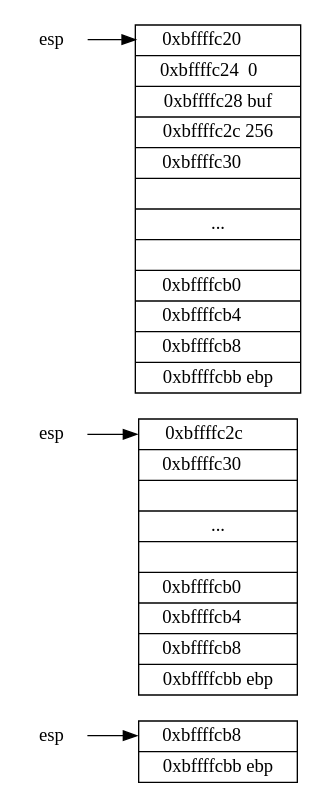
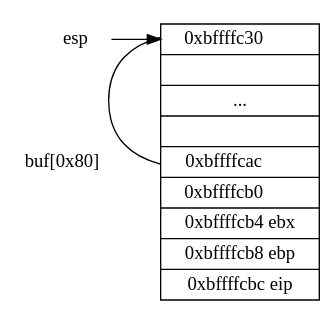
Before and after one commit to S0urceC0der/S0urceC0der.github.io: the diagram in graph/stack.gv, drawn with Graphviz. The commit also changed 66 other files, not shown here.

```diff
--- a/graph/stack.gv
+++ b/graph/stack.gv
@@ -1,66 +1,102 @@
 digraph level1_stack{
     graph [
         rankdir = "LR"
     ];
     edge [
     ];
+    /*
     subgraph stack_0 {
         style=filled;
         color=lightgrey;
         "s0_stack" [
-            label = "<esp>0xbffffcb8 &nbsp;&nbsp;&nbsp;&nbsp;&nbsp;&nbsp; | <ebp> 0xbffffcbb ebp"
+            label = "
+                0xbffffcb8 &nbsp;&nbsp;&nbsp;&nbsp;&nbsp; |
+                <esp> 0xbffffcbc eip|
+                <origin> 0xbffffcc0&nbsp;&nbsp;&nbsp;&nbsp;&nbsp;&nbsp;|..."
             shape = "record"
             labeljust = "l"
         ];
         "s0_esp" [
             label = "esp"
             shape = "plaintext"
         ];
+        "s0_origin" [
+            label = "调用前堆栈"
+            shape = "plaintext"
+        ];
+        "s0_origin" -> "s0_stack":origin
         "s0_esp" -> "s0_stack":esp
     };
-
+    */
+    /*
     subgraph stack_1 {
         style=filled;
         color=lightgrey;
         "s1_stack" [
             label = "
                 <esp> 0xbffffc2c &nbsp;&nbsp;&nbsp;&nbsp;&nbsp;|
                 0xbffffc30 &nbsp;&nbsp;&nbsp;&nbsp;&nbsp;&nbsp;||...||
                 0xbffffcb0 &nbsp;&nbsp;&nbsp;&nbsp;&nbsp;&nbsp;|
                 0xbffffcb4 &nbsp;&nbsp;&nbsp;&nbsp;&nbsp;&nbsp;|
-                0xbffffcb8 &nbsp;&nbsp;&nbsp;&nbsp;&nbsp;&nbsp;|
-                <ebp> 0xbffffcbb ebp"
+                0xbffffcb8 ebp|
+                <ebp> 0xbffffcbb eip|
+                0xbffffcc0"
             shape = "record"
             labeljust = "l"
         ];
         "s1_esp" [
             label = "esp"
             shape = "plaintext"
         ];
         "s1_esp" -> "s1_stack":esp
     };
 
     subgraph stack_2 {
         style=filled;
         color=lightgrey;
         "s2_stack" [
             label = "
-                <esp> 0xbffffc20 &nbsp;&nbsp;&nbsp;&nbsp;&nbsp;&nbsp;|
-                0xbffffc24 &nbsp;0&nbsp;&nbsp;&nbsp;&nbsp;|
-                0xbffffc28 buf|
-                0xbffffc2c 256|
-                0xbffffc30 &nbsp;&nbsp;&nbsp;&nbsp;&nbsp;&nbsp;||...||
+                <esp> 0xbffffc20 &nbsp;&nbsp;0&nbsp;&nbsp; |
+                0xbffffc24 ptr&nbsp; |
+                0xbffffc28 256|
+                0xbffffc2c &nbsp;&nbsp;&nbsp;&nbsp;&nbsp;&nbsp; |
+                <buf_0> 0xbffffc30 &nbsp;&nbsp;&nbsp;&nbsp;&nbsp;&nbsp;||...||
+                <buf_1> 0xbffffcac &nbsp;&nbsp;&nbsp;&nbsp;&nbsp;&nbsp;|
                 0xbffffcb0 &nbsp;&nbsp;&nbsp;&nbsp;&nbsp;&nbsp;|
-                0xbffffcb4 &nbsp;&nbsp;&nbsp;&nbsp;&nbsp;&nbsp;|
-                0xbffffcb8 &nbsp;&nbsp;&nbsp;&nbsp;&nbsp;&nbsp;|
-                <ebp> 0xbffffcbb ebp"
+                0xbffffcb4 ebx|
+                <ebp> 0xbffffcb8 ebp|
+                0xbffffcbc eip"
             shape = "record"
             labeljust = "l"
         ];
         "s2_esp" [
             label = "esp"
             shape = "plaintext"
         ]
         "s2_esp" -> "s2_stack":esp
+        "s2_stack":buf_0 -> "s2_stack":buf_1 [label="buf[0x80]",arrowhead="none"];
+    };
+    */
+
+    subgraph stack_3 {
+        style=filled;
+        color=lightgrey;
+        "s3_stack" [
+            label = "
+                <buf_0> 0xbffffc30 &nbsp;&nbsp;&nbsp;&nbsp;&nbsp;&nbsp;||...||
+                <buf_1> 0xbffffcac &nbsp;&nbsp;&nbsp;&nbsp;&nbsp;&nbsp;|
+                0xbffffcb0 &nbsp;&nbsp;&nbsp;&nbsp;&nbsp;&nbsp;|
+                0xbffffcb4 ebx|
+                <ebp> 0xbffffcb8 ebp|
+                0xbffffcbc eip"
+            shape = "record"
+            labeljust = "l"
+        ];
+        "s3_esp" [
+            label = "esp"
+            shape = "plaintext"
+        ]
+        "s3_esp" -> "s3_stack":buf_0
+        "s3_stack":buf_0 -> "s3_stack":buf_1 [label="buf[0x80]",arrowhead="none"];
     };
 }
```
